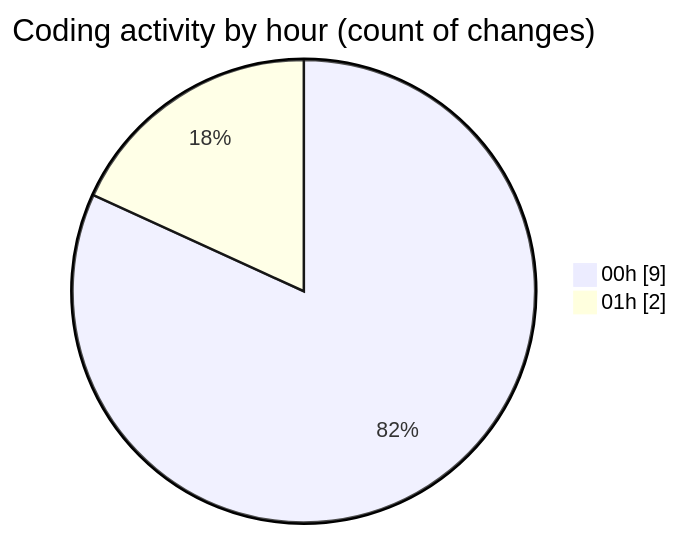
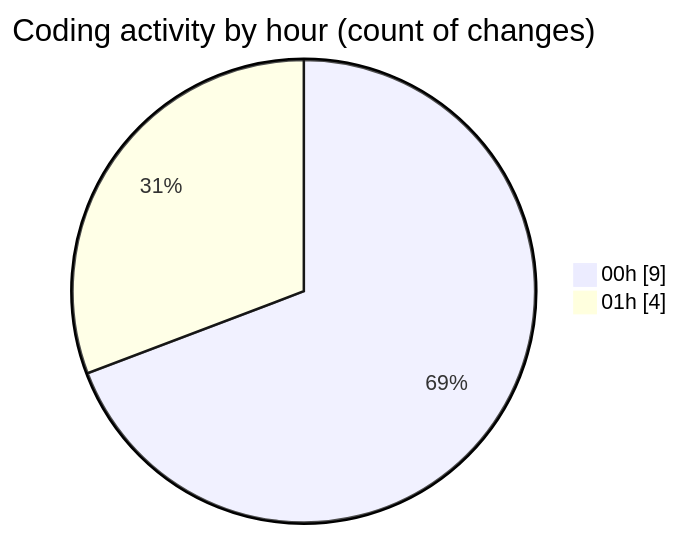
Before and after one commit to jrari/code-tracking: the second of 2 diagrams in 2025-07-14/telebot/README.md, drawn with Mermaid. The commit also changed other lines of this file and 1 other file, not shown here.

````diff
--- a/2025-07-14/telebot/README.md
+++ b/2025-07-14/telebot/README.md
@@ -33,6 +34,6 @@
 ```mermaid
 pie showData
 title Coding activity by hour (count of changes)
 "00h" : 9
-"01h" : 2
+"01h" : 4
 ```
````
